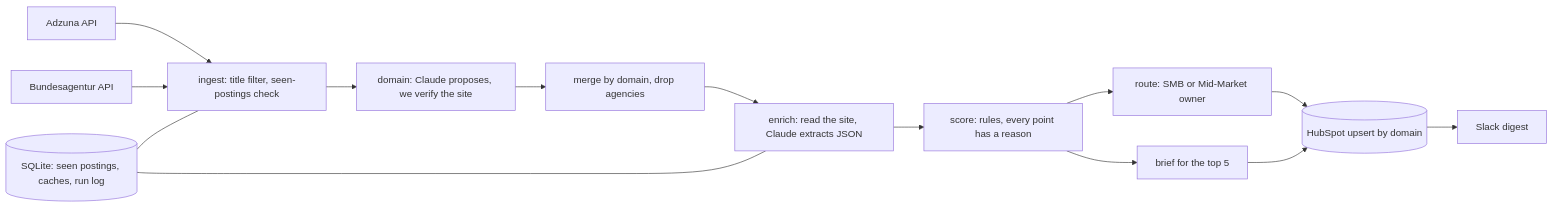
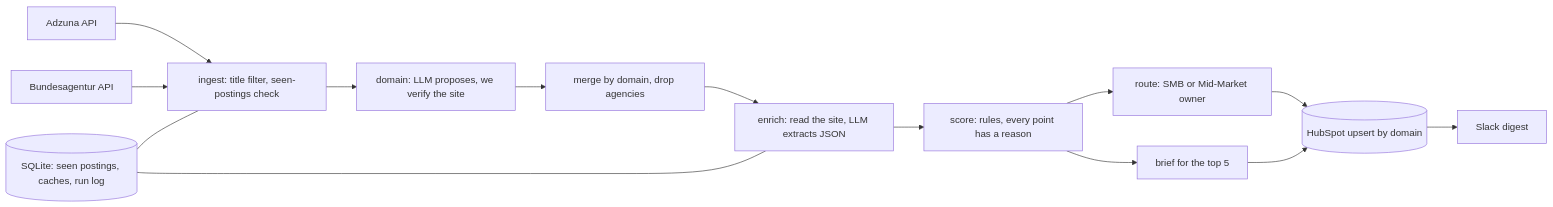
Before and after one commit to AshrafAhmed9/secfix-signal-radar: the diagram in README.md, drawn with Mermaid. The commit also changed other lines of this file and 9 other files, not shown here.

Commit message:
LLM layer: free OpenAI-compatible provider (Gemini free tier, Ollama) alongside Claude

````diff
--- a/README.md
+++ b/README.md
@@ -20,16 +20,16 @@
 ```mermaid
 flowchart LR
     A[Adzuna API] --> I[ingest: title filter, seen-postings check]
     B[Bundesagentur API] --> I
-    I --> D[domain: Claude proposes, we verify the site]
+    I --> D[domain: LLM proposes, we verify the site]
     D --> M[merge by domain, drop agencies]
-    M --> E[enrich: read the site, Claude extracts JSON]
+    M --> E[enrich: read the site, LLM extracts JSON]
     E --> S[score: rules, every point has a reason]
     S --> R[route: SMB or Mid-Market owner]
     R --> H[(HubSpot upsert by domain)]
     S --> BR[brief for the top 5]
     BR --> H
     H --> SL[Slack digest]
     X[(SQLite: seen postings, caches, run log)] --- I
     X --- E
 ```
````
